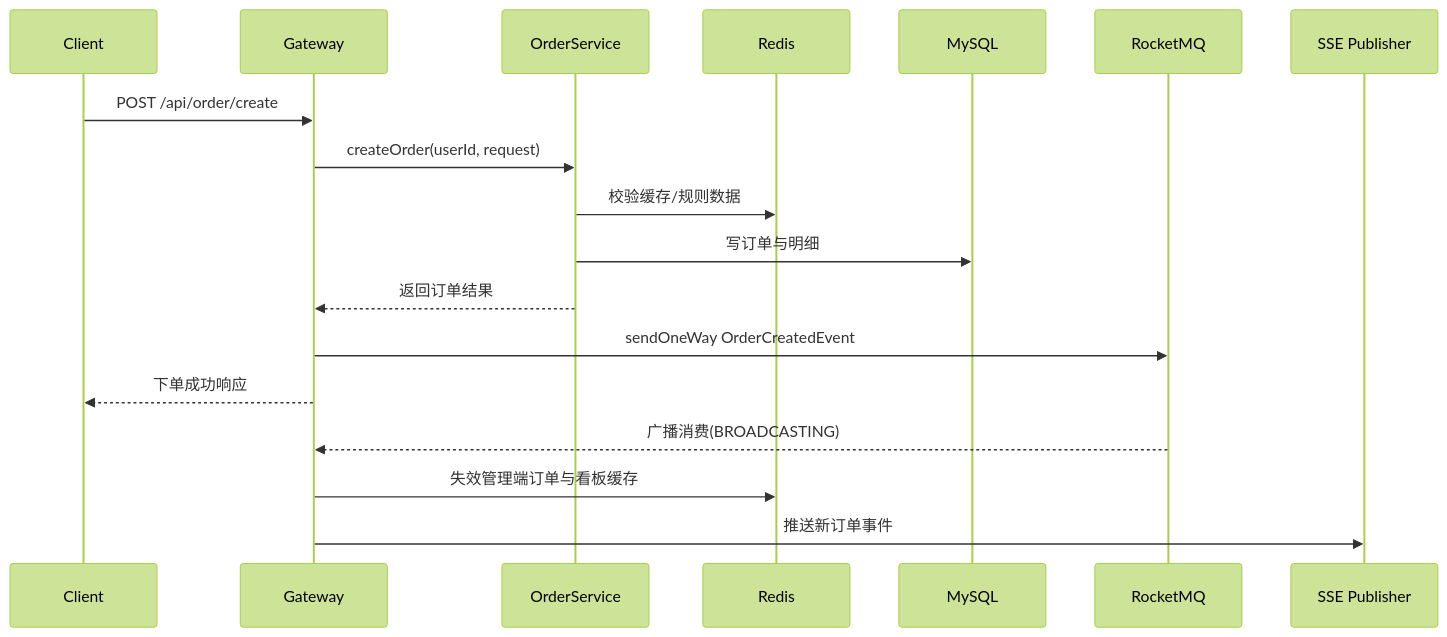
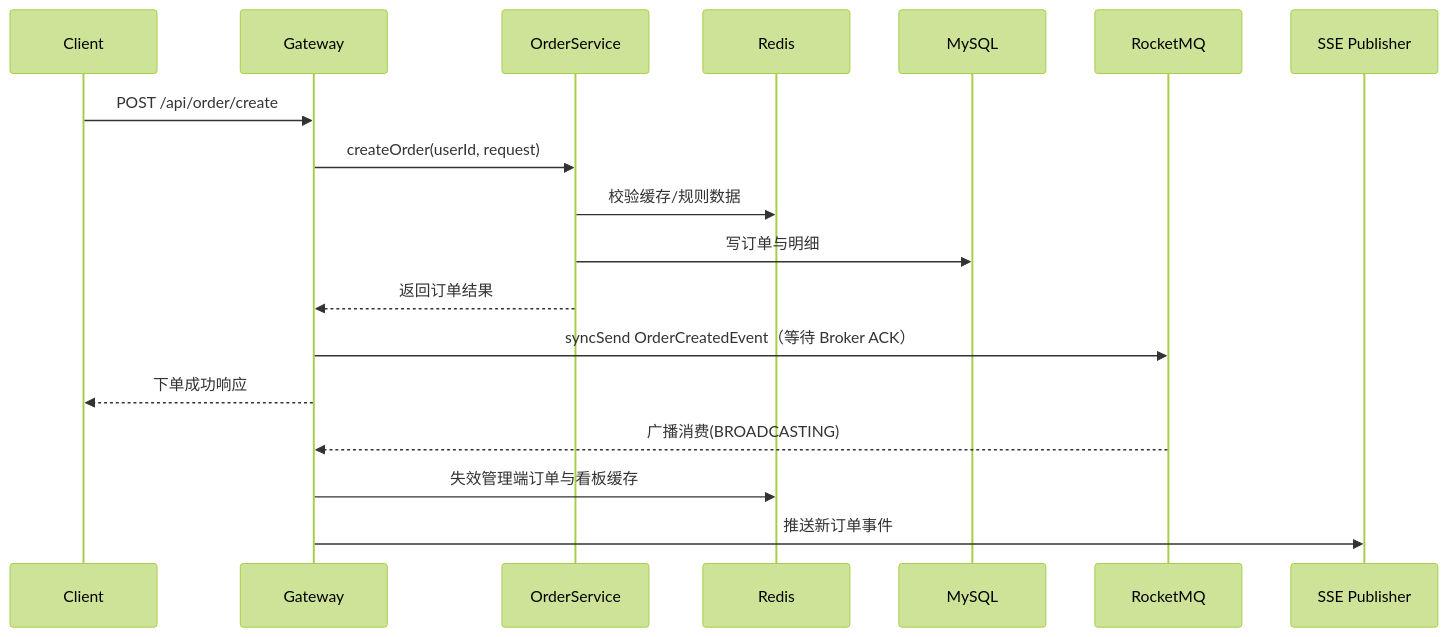
One commit to Lstarxing/cozy-coffee changed the second of 4 diagrams in README.md. Above: the diagram before and after it, drawn with Mermaid (forest theme). The commit also changed other lines of this file and 4 other files, not shown here.

````diff
--- a/README.md
+++ b/README.md
@@ -101,21 +110,21 @@
 ```mermaid
 sequenceDiagram
     participant C as Client
     participant GW as Gateway
     participant OS as OrderService
     participant RS as Redis
     participant DB as MySQL
     participant MQ as RocketMQ
     participant SSE as SSE Publisher
 
     C->>GW: POST /api/order/create
     GW->>OS: createOrder(userId, request)
     OS->>RS: 校验缓存/规则数据
     OS->>DB: 写订单与明细
     OS-->>GW: 返回订单结果
-    GW->>MQ: sendOneWay OrderCreatedEvent
+    GW->>MQ: syncSend OrderCreatedEvent（等待 Broker ACK）
     GW-->>C: 下单成功响应
     MQ-->>GW: 广播消费(BROADCASTING)
     GW->>RS: 失效管理端订单与看板缓存
     GW->>SSE: 推送新订单事件
 ```
````
